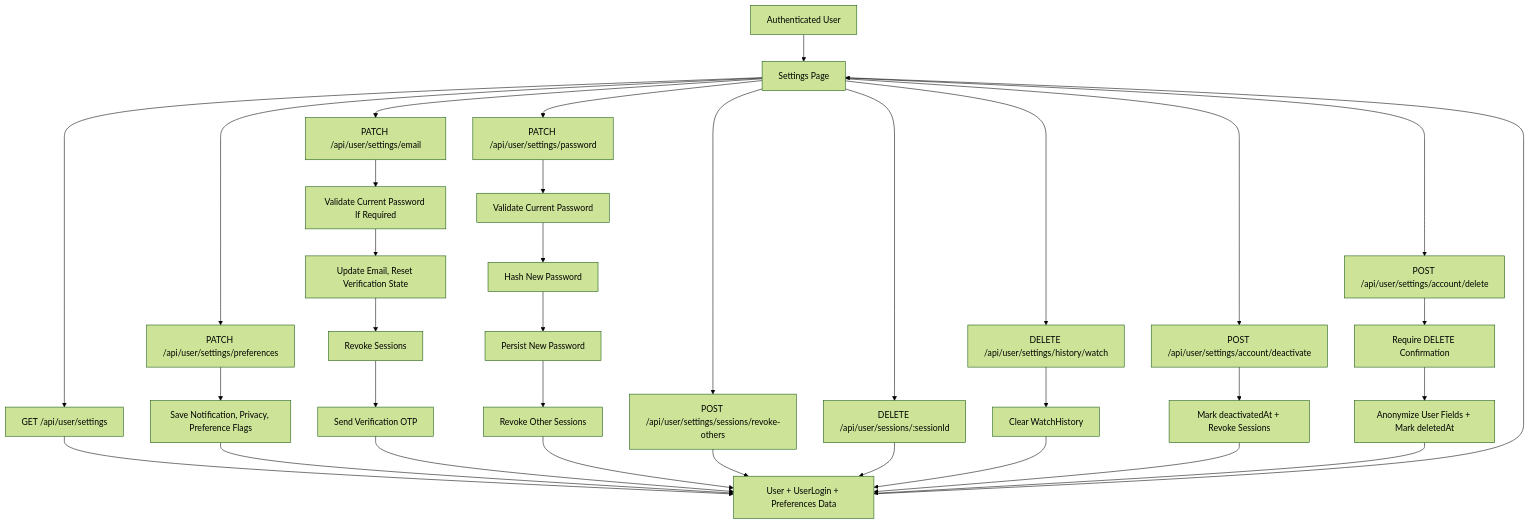
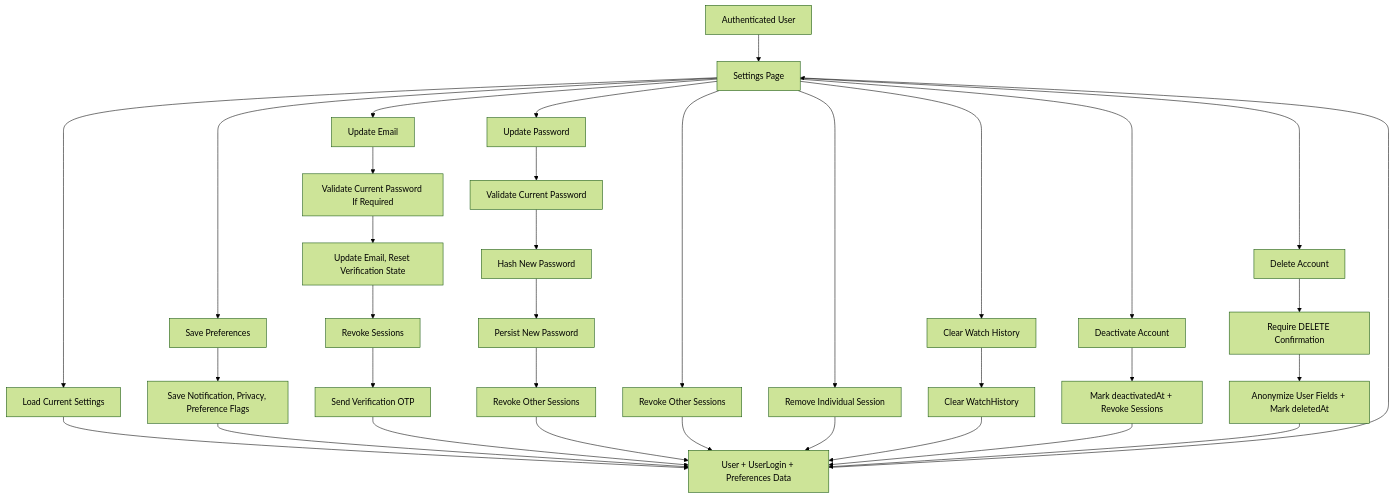
The third of 11 diagrams in README.md (samakshrastogi/SK-MediaFlow), drawn with Mermaid (forest theme) before and after one commit. The commit also changed other lines of this file, not shown here.

````diff
--- a/README.md
+++ b/README.md
@@ -165,44 +165,44 @@
 ```mermaid
 flowchart TD
     U["Authenticated User"] --> SET["Settings Page"]
-    SET --> LOAD["GET /api/user/settings"]
+    SET --> LOAD["Load Current Settings"]
     LOAD --> DB["User + UserLogin + Preferences Data"]
     DB --> SET
 
-    SET --> PREF["PATCH /api/user/settings/preferences"]
+    SET --> PREF["Save Preferences"]
     PREF --> SAVE1["Save Notification, Privacy, Preference Flags"]
     SAVE1 --> DB
 
-    SET --> EMAIL["PATCH /api/user/settings/email"]
+    SET --> EMAIL["Update Email"]
     EMAIL --> CHECKPW1["Validate Current Password If Required"]
     CHECKPW1 --> UPDATEEMAIL["Update Email, Reset Verification State"]
     UPDATEEMAIL --> REVOKE1["Revoke Sessions"]
     REVOKE1 --> OTP["Send Verification OTP"]
     OTP --> DB
 
-    SET --> PASS["PATCH /api/user/settings/password"]
+    SET --> PASS["Update Password"]
     PASS --> CHECKPW2["Validate Current Password"]
     CHECKPW2 --> HASH["Hash New Password"]
     HASH --> SAVE2["Persist New Password"]
     SAVE2 --> REVOKE2["Revoke Other Sessions"]
     REVOKE2 --> DB
 
-    SET --> SESS1["POST /api/user/settings/sessions/revoke-others"]
+    SET --> SESS1["Revoke Other Sessions"]
     SESS1 --> DB
 
-    SET --> SESS2["DELETE /api/user/sessions/:sessionId"]
+    SET --> SESS2["Remove Individual Session"]
     SESS2 --> DB
 
-    SET --> HIST["DELETE /api/user/settings/history/watch"]
+    SET --> HIST["Clear Watch History"]
     HIST --> CLEAR["Clear WatchHistory"]
     CLEAR --> DB
 
-    SET --> DEACT["POST /api/user/settings/account/deactivate"]
+    SET --> DEACT["Deactivate Account"]
     DEACT --> DEACTSAVE["Mark deactivatedAt + Revoke Sessions"]
     DEACTSAVE --> DB
 
-    SET --> DEL["POST /api/user/settings/account/delete"]
+    SET --> DEL["Delete Account"]
     DEL --> CONF["Require DELETE Confirmation"]
     CONF --> ANON["Anonymize User Fields + Mark deletedAt"]
     ANON --> DB
 ```
````
